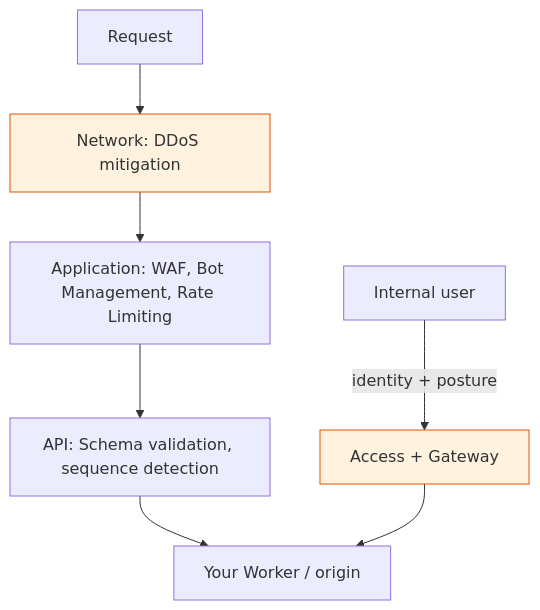
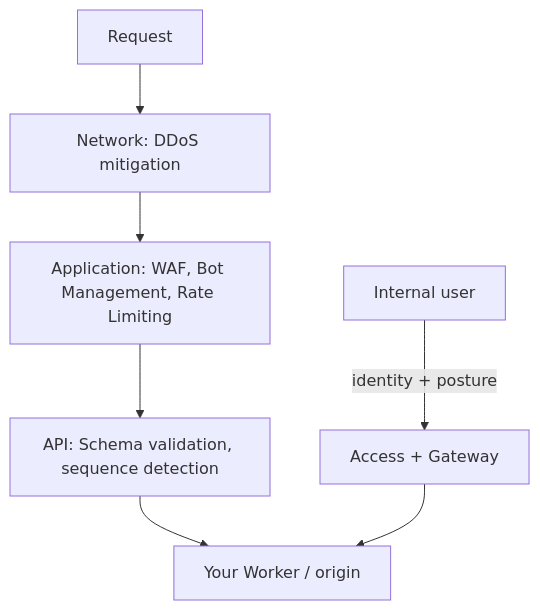
The diagram in docs/pillars/security.md (kevinevans1/cloudflare-well-architected), drawn with Mermaid before and after one commit. The commit also changed 5 other files, not shown here.

Commit message:
Remove hardcoded Mermaid node colors causing readability issues; let diagrams use Material's theme-aware rendering

````diff
--- a/docs/pillars/security.md
+++ b/docs/pillars/security.md
@@ -14,12 +14,10 @@
 ```mermaid
 flowchart TD
     A[Request] --> B[Network: DDoS mitigation]
     B --> C[Application: WAF, Bot Management, Rate Limiting]
     C --> D[API: Schema validation, sequence detection]
     D --> E[Your Worker / origin]
     F[Internal user] -->|identity + posture| G[Access + Gateway]
     G --> E
 
-    style B fill:#fff3e0,stroke:#e65100,stroke-width:1px
-    style G fill:#fff3e0,stroke:#e65100,stroke-width:1px
 ```
````
